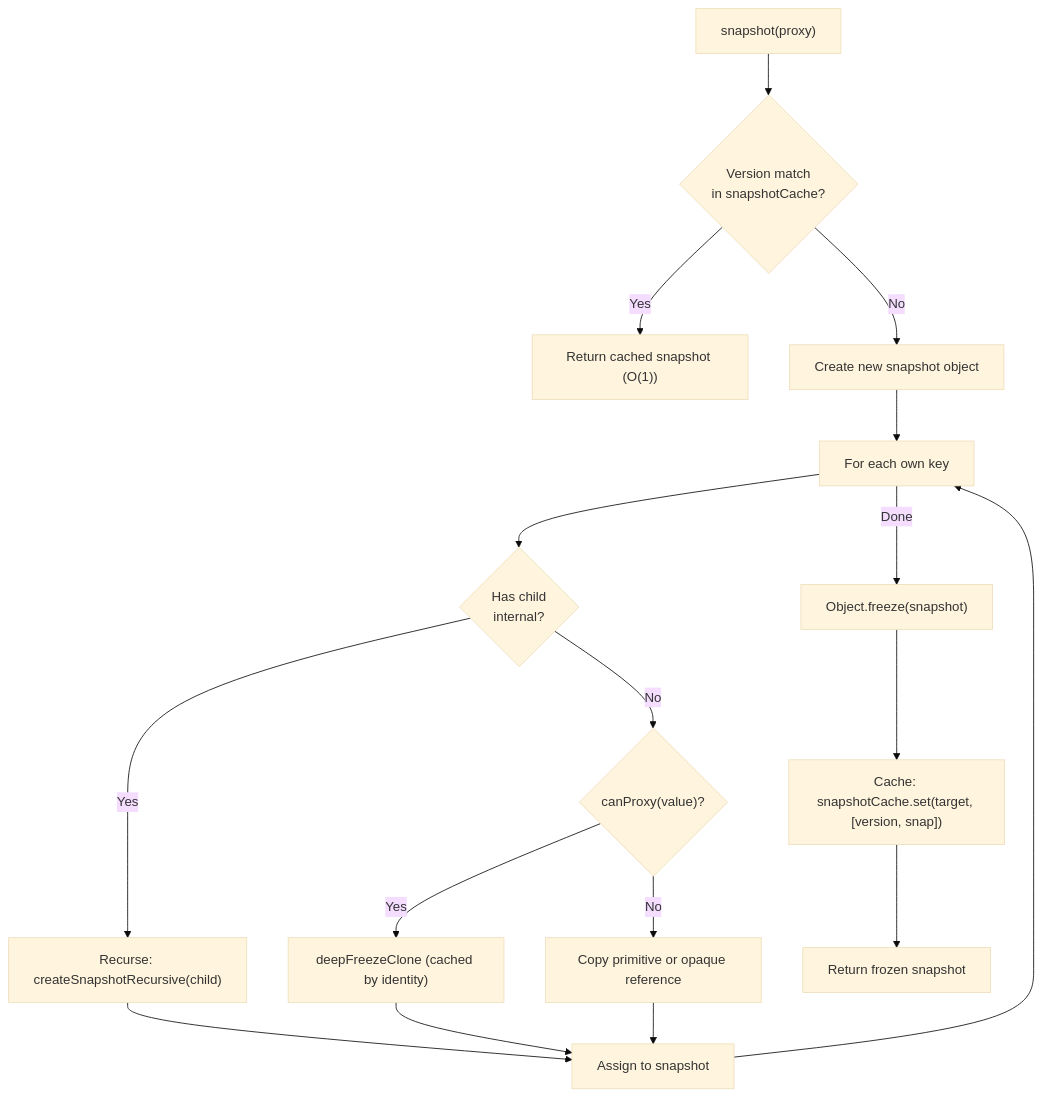
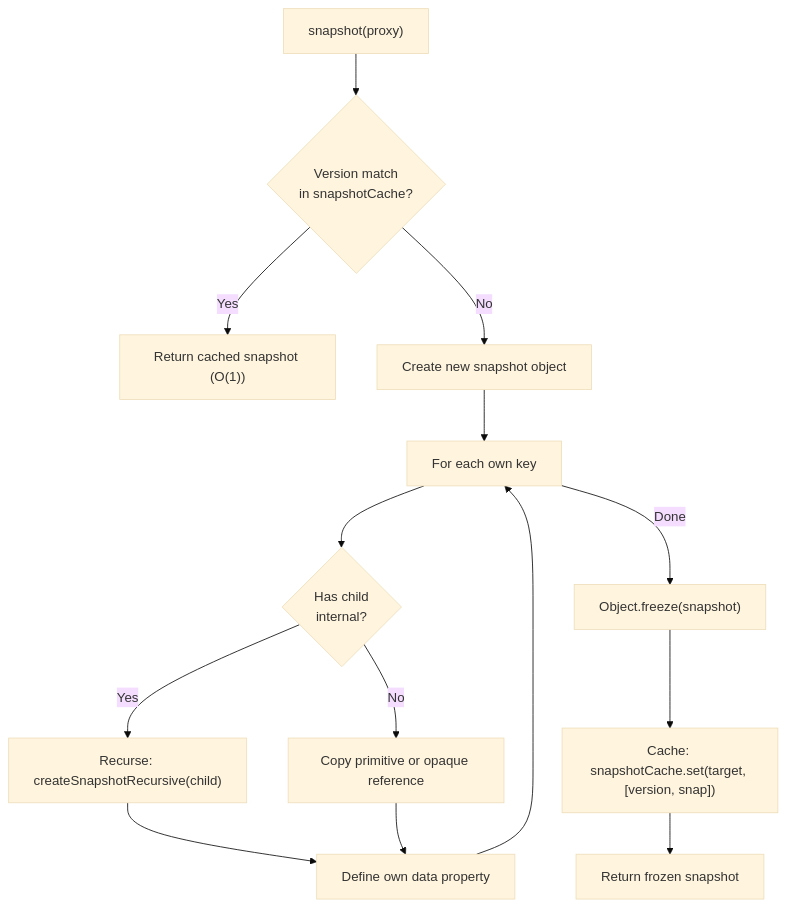
Before and after one commit to codeBelt/classy-store: the fourth of 8 diagrams in website/docs/ARCHITECTURE.md, drawn with Mermaid (base theme). The commit also changed other lines of this file and 17 other files, not shown here.

Commit message:
fix: preserve proxy ownership, snapshot semantics, and hydration edits

````diff
--- a/website/docs/ARCHITECTURE.md
+++ b/website/docs/ARCHITECTURE.md
@@ -266,19 +262,16 @@
 ```mermaid
 flowchart TD
   Start["snapshot(proxy)"] --> CheckCache{"Version match\nin snapshotCache?"}
   CheckCache -->|Yes| ReturnCached["Return cached snapshot (O(1))"]
   CheckCache -->|No| CreateSnap["Create new snapshot object"]
   CreateSnap --> IterateKeys["For each own key"]
   IterateKeys --> CheckChild{"Has child\ninternal?"}
   CheckChild -->|Yes| Recurse["Recurse: createSnapshotRecursive(child)"]
-  CheckChild -->|No| CheckProxy{"canProxy(value)?"}
-  CheckProxy -->|Yes| DeepClone["deepFreezeClone (cached by identity)"]
-  CheckProxy -->|No| CopyValue["Copy primitive or opaque reference"]
-  Recurse --> AssignProp["Assign to snapshot"]
-  DeepClone --> AssignProp
+  CheckChild -->|No| CopyValue["Copy primitive or opaque reference"]
+  Recurse --> AssignProp["Define own data property"]
   CopyValue --> AssignProp
   AssignProp --> IterateKeys
   IterateKeys -->|Done| Freeze["Object.freeze(snapshot)"]
   Freeze --> Cache["Cache: snapshotCache.set(target, [version, snap])"]
   Cache --> Return["Return frozen snapshot"]
 ```
````
